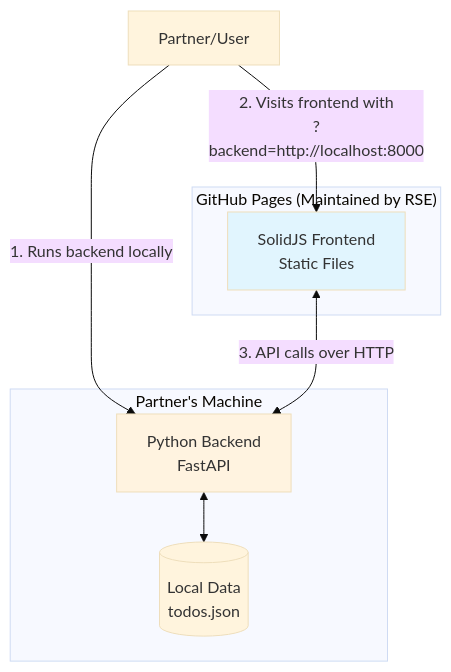
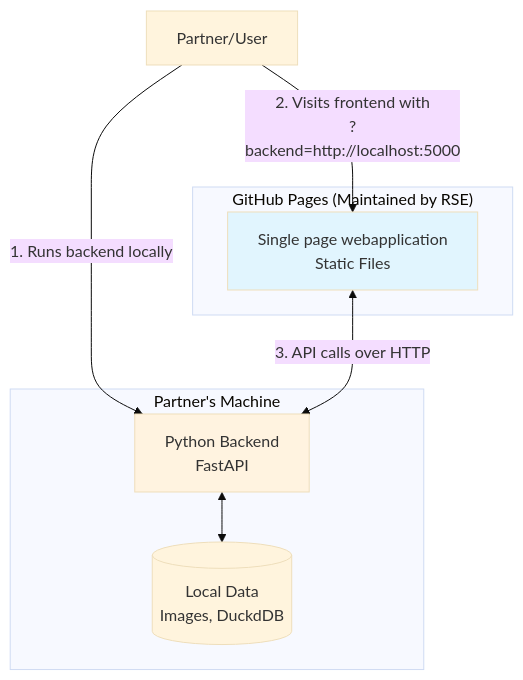
Before and after one commit to sverhoeven/byob-todo-frontend: the first of 2 diagrams in blog/README.md, drawn with Mermaid (base theme). The commit also changed other lines of this file and 2 other files, not shown here.

````diff
--- a/blog/README.md
+++ b/blog/README.md
@@ -30,19 +31,19 @@
 ```mermaid
 graph TB
     subgraph "GitHub Pages (Maintained by RSE)"
-        FE[SolidJS Frontend<br/>Static Files]
+        FE[Single page webapplication<br/>Static Files]
     end
     
     subgraph "Partner's Machine"
         BE[Python Backend<br/>FastAPI]
-        DATA[(Local Data<br/>todos.json)]
+        DATA[(Local Data<br/>Images, DuckdDB)]
     end
     
     USER[Partner/User] -->|"1. Runs backend locally"| BE
-    USER -->|"2. Visits frontend with<br/>?backend=http://localhost:8000"| FE
+    USER -->|"2. Visits frontend with<br/>?backend=http://localhost:5000"| FE
     FE <-->|"3. API calls over HTTP"| BE
     BE <--> DATA
     
     style FE fill:#e1f5fe
     style BE fill:#fff3e0
 ```
````
